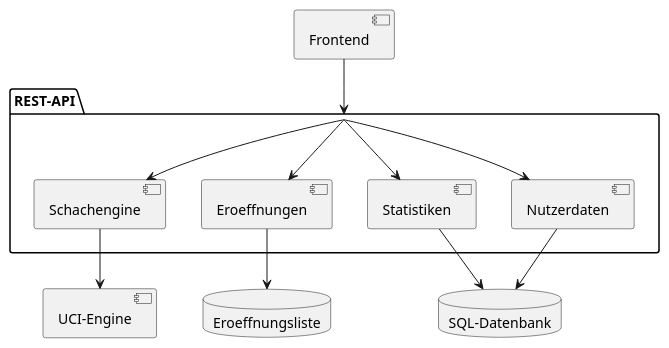
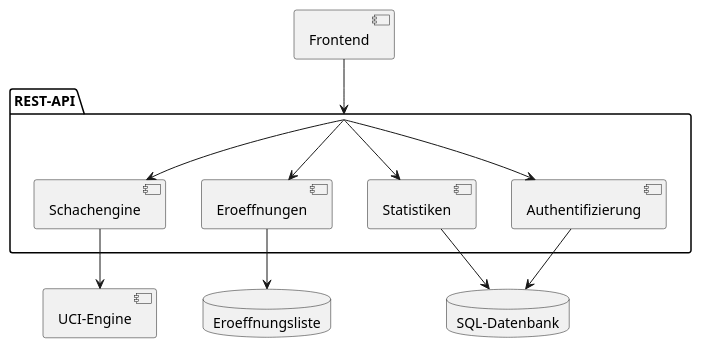
Before and after one commit to MaarxS/chess-opening-training-paper: the diagram in images/diagrams/components.puml, drawn with PlantUML. The commit also changed 6 other files, not shown here.

```diff
--- a/images/diagrams/components.puml
+++ b/images/diagrams/components.puml
@@ -1,24 +1,24 @@
 @startuml
 [Frontend]
 package "REST-API" as API {
   [Schachengine]
   [Eroeffnungen]
-  [Nutzerdaten]
+  [Authentifizierung]
   [Statistiken]
 }
 [UCI-Engine] as uci
 database Eroeffnungsliste as liste
 database "SQL-Datenbank" as sql
 
 Frontend --> API
 API --> Schachengine
 API --> Eroeffnungen
-API --> Nutzerdaten
+API --> Authentifizierung
 API --> Statistiken
 
 Schachengine --> uci
 Eroeffnungen --> liste
-Nutzerdaten --> sql
+Authentifizierung --> sql
 Statistiken --> sql
 
 @enduml
```
